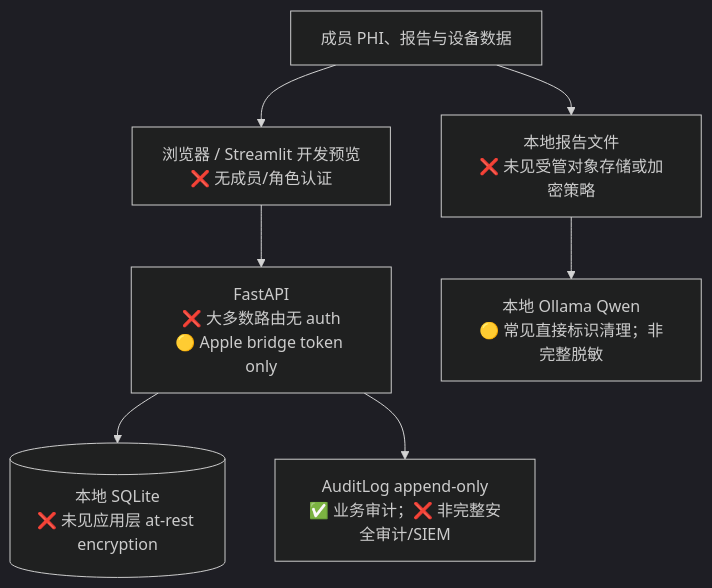
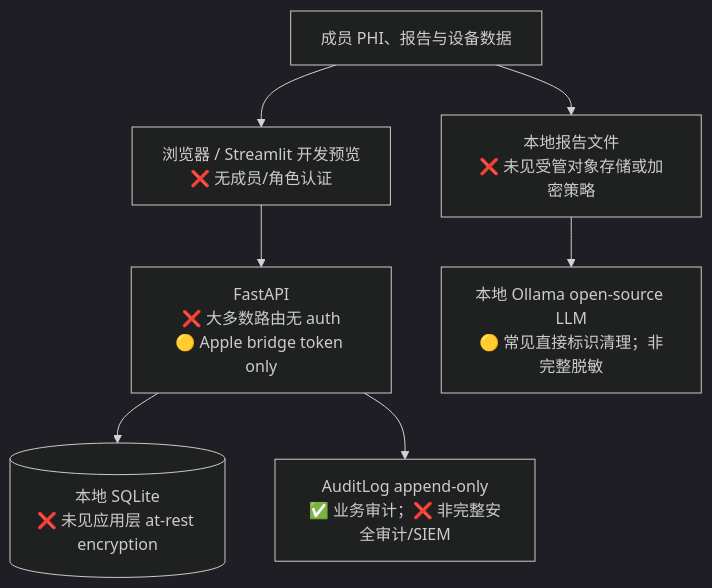
The fifth of 5 diagrams in docs/architecture/04_TECHNICAL_ARCHITECTURE.md (KaedeharaT/executive-healthops), drawn with Mermaid (dark theme) before and after one commit. The commit also changed other lines of this file and 38 other files, not shown here.

````diff
--- a/docs/architecture/04_TECHNICAL_ARCHITECTURE.md
+++ b/docs/architecture/04_TECHNICAL_ARCHITECTURE.md
@@ -145,15 +145,15 @@
 ```mermaid
 flowchart TB
   memberphi[成员 PHI、报告与设备数据]
   browser[浏览器 / Streamlit 开发预览\n❌ 无成员/角色认证]
   api[FastAPI\n❌ 大多数路由无 auth\n🟡 Apple bridge token only]
   db[(本地 SQLite\n❌ 未见应用层 at-rest encryption)]
   files[本地报告文件\n❌ 未见受管对象存储或加密策略]
   logs[AuditLog append-only\n✅ 业务审计；❌ 非完整安全审计/SIEM]
-  qwen[本地 Ollama Qwen\n🟡 常见直接标识清理；非完整脱敏]
+  local_llm[本地 Ollama open-source LLM\n🟡 常见直接标识清理；非完整脱敏]
 
   memberphi --> browser --> api --> db
   memberphi --> files
-  files --> qwen
+  files --> local_llm
   api --> logs
 ```
````
